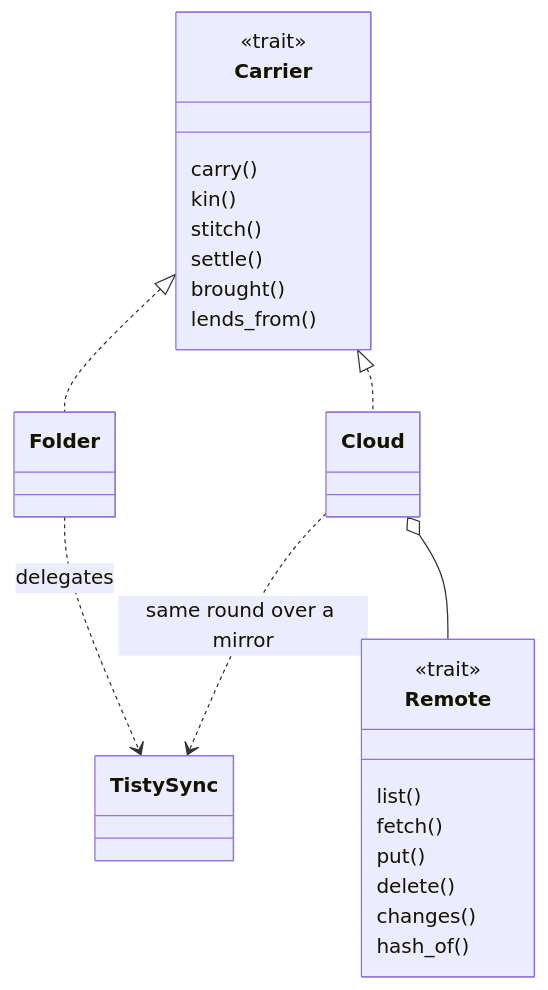
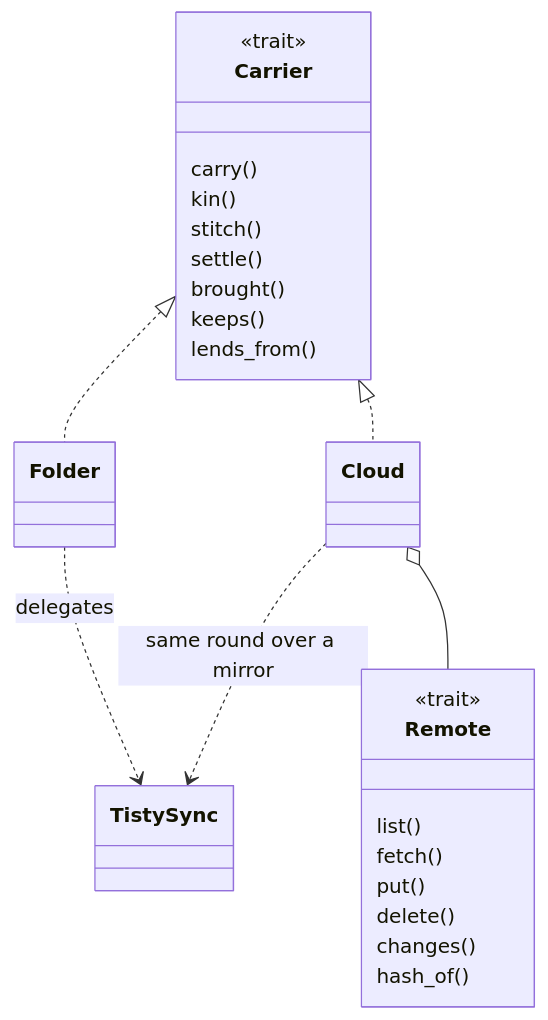
The seventh of 10 diagrams in docs/ARCHITECTURE.md (rgdevment/Tisty), drawn with Mermaid before and after one commit. The commit also changed other lines of this file and 6 other files, not shown here.

````diff
--- a/docs/ARCHITECTURE.md
+++ b/docs/ARCHITECTURE.md
@@ -732,29 +732,30 @@
 ```mermaid
 classDiagram
   class Carrier {
     <<trait>>
     carry()
     kin()
     stitch()
     settle()
     brought()
+    keeps()
     lends_from()
   }
   class Folder
   class Cloud
   class Remote {
     <<trait>>
     list()
     fetch()
     put()
     delete()
     changes()
     hash_of()
   }
   class TistySync
   Carrier <|.. Folder
   Carrier <|.. Cloud
   Cloud o-- Remote
   Folder ..> TistySync : delegates
   Cloud ..> TistySync : same round over a mirror
 ```
````
